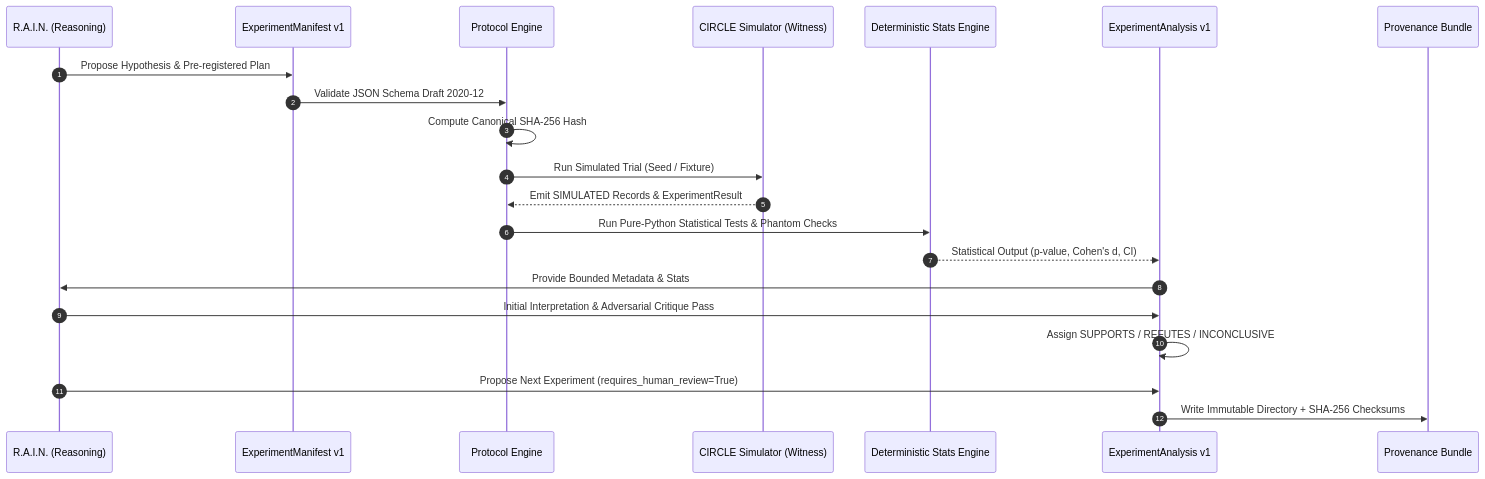
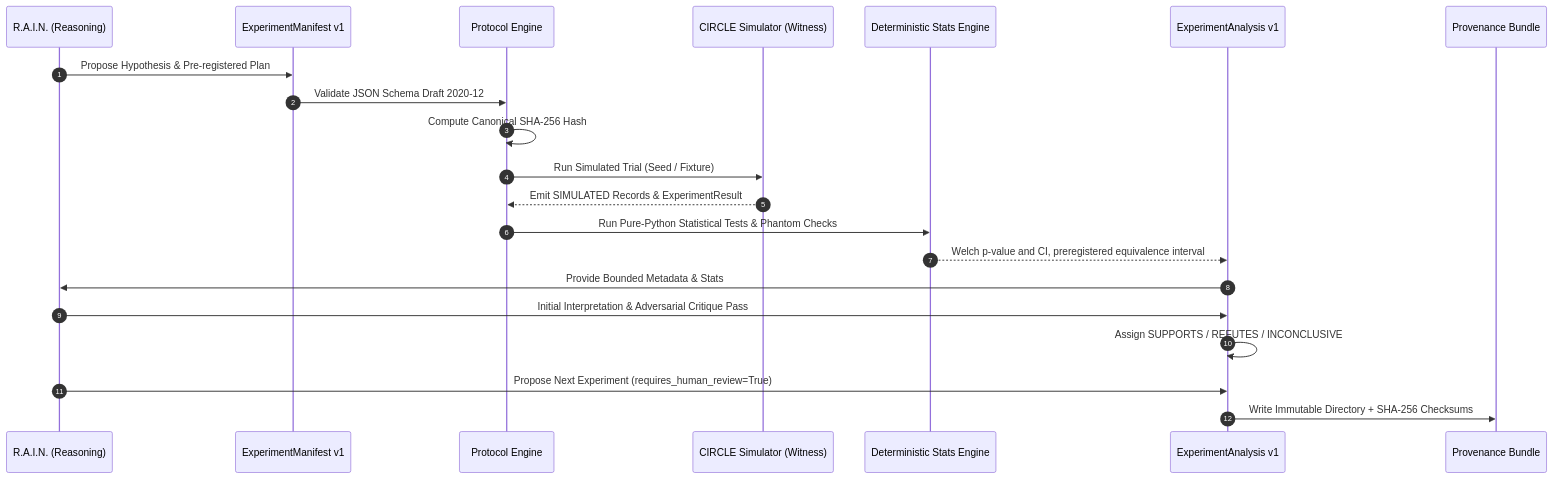
Before and after one commit to topherchris420/james_library: the diagram in james_library/docs/rain-circle-experiment-protocol.md, drawn with Mermaid. The commit also changed other lines of this file and 8 other files, not shown here.

````diff
--- a/james_library/docs/rain-circle-experiment-protocol.md
+++ b/james_library/docs/rain-circle-experiment-protocol.md
@@ -19,24 +19,24 @@
 ```mermaid
 sequenceDiagram
     autonumber
     participant RAIN as R.A.I.N. (Reasoning)
     participant Manifest as ExperimentManifest v1
     participant Bridge as Protocol Engine
     participant CircleSim as CIRCLE Simulator (Witness)
     participant Engine as Deterministic Stats Engine
     participant Analysis as ExperimentAnalysis v1
     participant Bundle as Provenance Bundle
 
     RAIN->>Manifest: Propose Hypothesis & Pre-registered Plan
     Manifest->>Bridge: Validate JSON Schema Draft 2020-12
     Bridge->>Bridge: Compute Canonical SHA-256 Hash
     Bridge->>CircleSim: Run Simulated Trial (Seed / Fixture)
     CircleSim-->>Bridge: Emit SIMULATED Records & ExperimentResult
     Bridge->>Engine: Run Pure-Python Statistical Tests & Phantom Checks
-    Engine-->>Analysis: Statistical Output (p-value, Cohen's d, CI)
+    Engine-->>Analysis: Welch p-value and CI, preregistered equivalence interval
     Analysis->>RAIN: Provide Bounded Metadata & Stats
     RAIN->>Analysis: Initial Interpretation & Adversarial Critique Pass
     Analysis->>Analysis: Assign SUPPORTS / REFUTES / INCONCLUSIVE
     RAIN->>Analysis: Propose Next Experiment (requires_human_review=True)
     Analysis->>Bundle: Write Immutable Directory + SHA-256 Checksums
 ```
````
